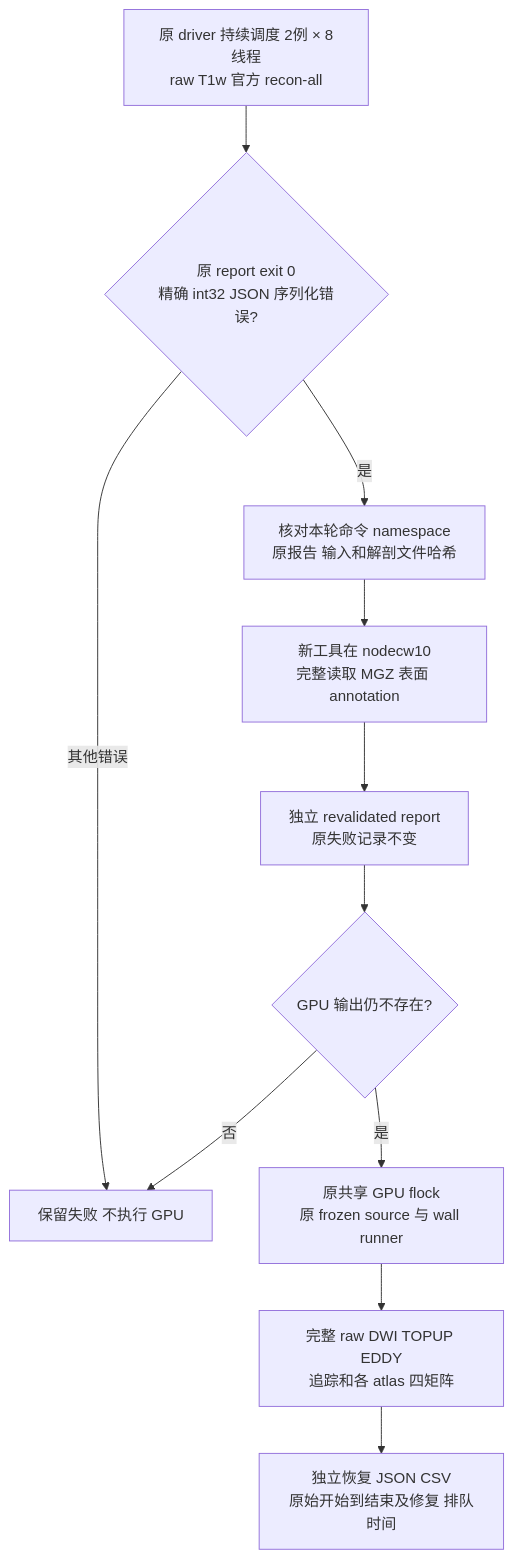
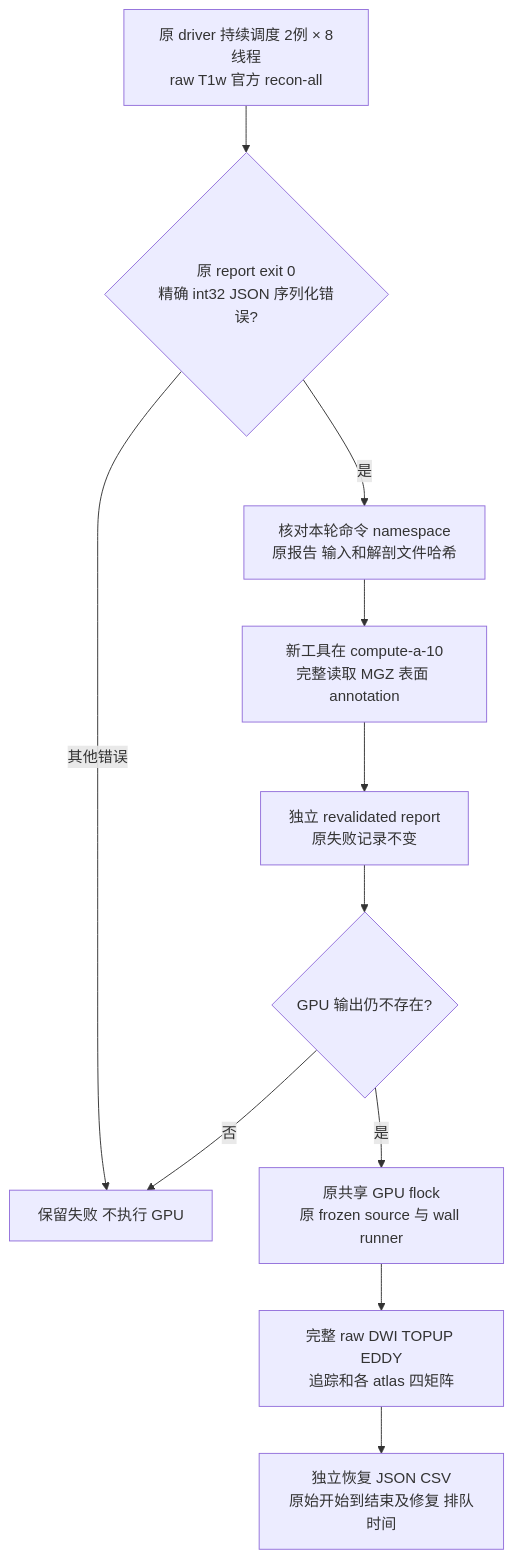
The diagram in docs/connectome/raw_cohort_recovery.md (weikanggong1/Fudan-Neuroimaging-toolkit), drawn with Mermaid before and after one commit. The commit also changed other lines of this file and 5497 other files, not shown here.

````diff
--- a/docs/connectome/raw_cohort_recovery.md
+++ b/docs/connectome/raw_cohort_recovery.md
@@ -13,13 +13,13 @@
 ```mermaid
 flowchart TD
     A[原 driver 持续调度 2例 × 8线程<br/>raw T1w 官方 recon-all] --> B{原 report exit 0<br/>精确 int32 JSON 序列化错误?}
     B -->|其他错误| X[保留失败 不执行 GPU]
     B -->|是| C[核对本轮命令 namespace<br/>原报告 输入和解剖文件哈希]
-    C --> D[新工具在 nodecw10<br/>完整读取 MGZ 表面 annotation]
+    C --> D[新工具在 compute-a-10<br/>完整读取 MGZ 表面 annotation]
     D --> E[独立 revalidated report<br/>原失败记录不变]
     E --> F{GPU 输出仍不存在?}
     F -->|否| X
     F -->|是| G[原共享 GPU flock<br/>原 frozen source 与 wall runner]
     G --> H[完整 raw DWI TOPUP EDDY<br/>追踪和各 atlas 四矩阵]
     H --> I[独立恢复 JSON CSV<br/>原始开始到结束及修复 排队时间]
 ```
````
